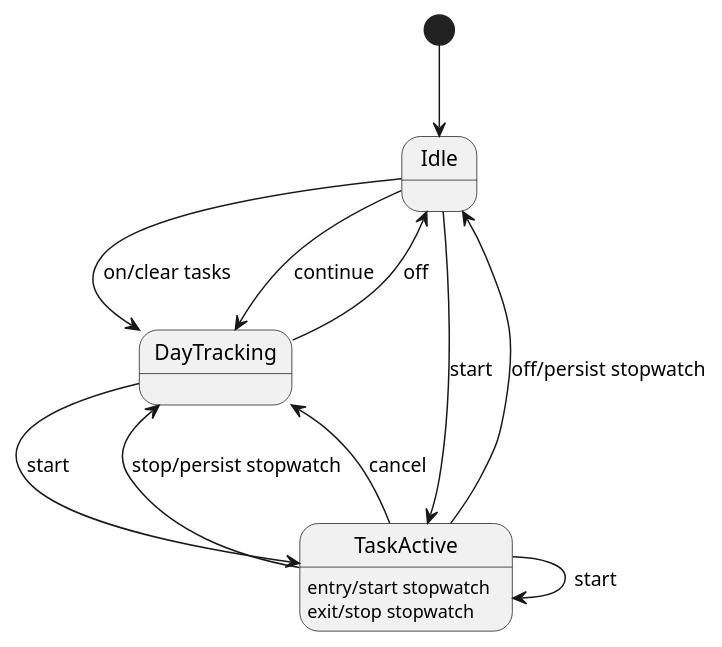
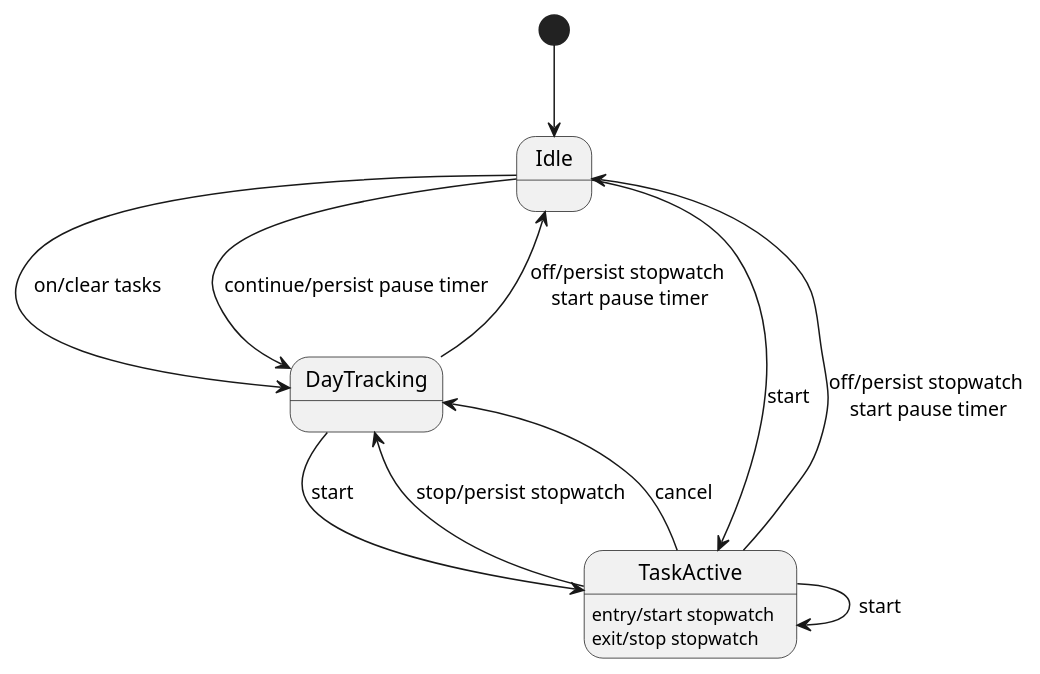
Before and after one commit to cnaj/timetrack: the diagram in doc/states.puml, drawn with PlantUML. The commit also changed 1 other file, not shown here.

```diff
--- a/doc/states.puml
+++ b/doc/states.puml
@@ -1,22 +1,22 @@
 @startuml
 skinparam monochrome true
 skinparam shadowing false
 
 [*] --> Idle
 Idle --> DayTracking : on/clear tasks
-Idle --> DayTracking : continue
+Idle --> DayTracking : continue/persist pause timer
 Idle --> TaskActive : start
 
-DayTracking --> Idle : off
+DayTracking --> Idle : off/persist stopwatch\n start pause timer
 DayTracking --> TaskActive : start
 
 TaskActive --> TaskActive : start
 TaskActive --> DayTracking : stop/persist stopwatch
 TaskActive --> DayTracking : cancel
 
-TaskActive --> Idle : off/persist stopwatch
+TaskActive --> Idle : off/persist stopwatch\n start pause timer
 
 TaskActive : entry/start stopwatch
 TaskActive : exit/stop stopwatch
 
 @enduml
```
